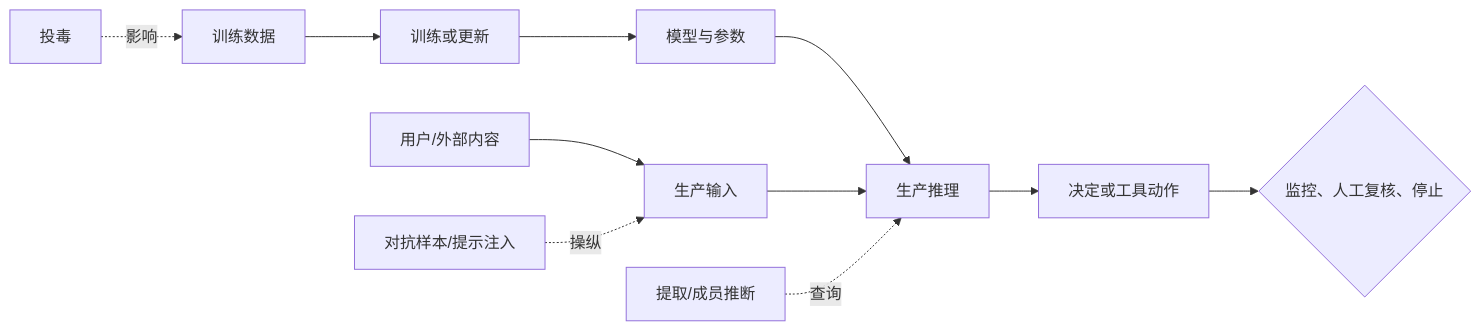
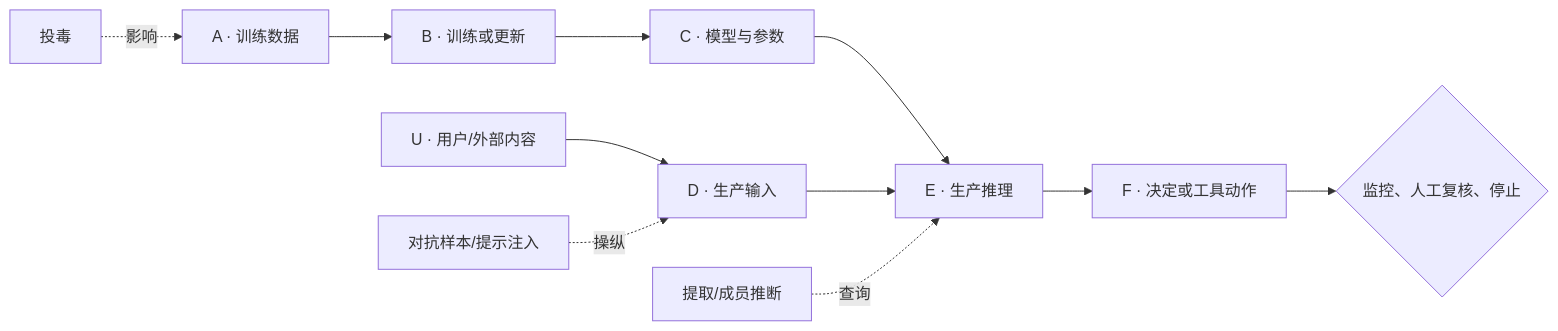
Before and after one commit to CercaTrovato/cityu-ai-course-notes: the sixth of 7 diagrams in IS5113_AI_Ethics_and_Regulations/notes/M06-隐私与监控-从数据采集到行为影响.md, drawn with Mermaid. The commit also changed other lines of this file and 104 other files, not shown here.

````diff
--- a/IS5113_AI_Ethics_and_Regulations/notes/M06-隐私与监控-从数据采集到行为影响.md
+++ b/IS5113_AI_Ethics_and_Regulations/notes/M06-隐私与监控-从数据采集到行为影响.md
@@ -1402,13 +1636,13 @@
 ```mermaid
 flowchart LR
-  A[训练数据] --> B[训练或更新]
-  B --> C[模型与参数]
-  U[用户/外部内容] --> D[生产输入]
-  C --> E[生产推理]
+  A[A · 训练数据] --> B[B · 训练或更新]
+  B --> C[C · 模型与参数]
+  U[U · 用户/外部内容] --> D[D · 生产输入]
+  C --> E[E · 生产推理]
   D --> E
-  E --> F[决定或工具动作]
+  E --> F[F · 决定或工具动作]
   P[投毒] -.影响.-> A
   X[提取/成员推断] -.查询.-> E
   I[对抗样本/提示注入] -.操纵.-> D
   F --> M{监控、人工复核、停止}
 ```
````
